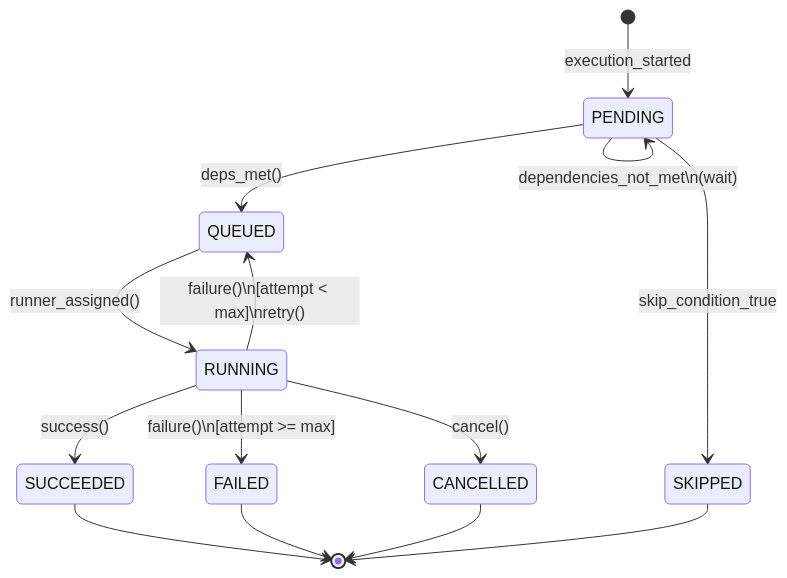
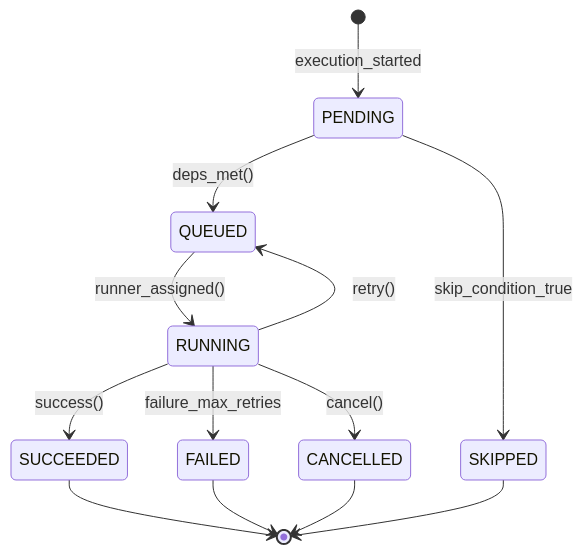
The fourth of 9 diagrams in docs/lld/03-state-machines.md (Abhishekkumar2021/Pravah), drawn with Mermaid before and after one commit. The commit also changed other lines of this file and 4 other files, not shown here.

First line of the commit message:
docs: rewrite README with Mermaid diagrams and fix LLD documentation

````diff
--- a/docs/lld/03-state-machines.md
+++ b/docs/lld/03-state-machines.md
@@ -174,20 +174,19 @@
 ```mermaid
 stateDiagram-v2
     [*] --> PENDING : execution_started
     
     PENDING --> QUEUED : deps_met()
     PENDING --> SKIPPED : skip_condition_true
-    PENDING --> PENDING : dependencies_not_met\n(wait)
     
     QUEUED --> RUNNING : runner_assigned()
     
     RUNNING --> SUCCEEDED : success()
-    RUNNING --> FAILED : failure()\n[attempt >= max]
-    RUNNING --> QUEUED : failure()\n[attempt < max]\nretry()
+    RUNNING --> FAILED : failure_max_retries
+    RUNNING --> QUEUED : retry()
     RUNNING --> CANCELLED : cancel()
     
     SUCCEEDED --> [*]
     FAILED --> [*]
     CANCELLED --> [*]
     SKIPPED --> [*]
 ```
````
